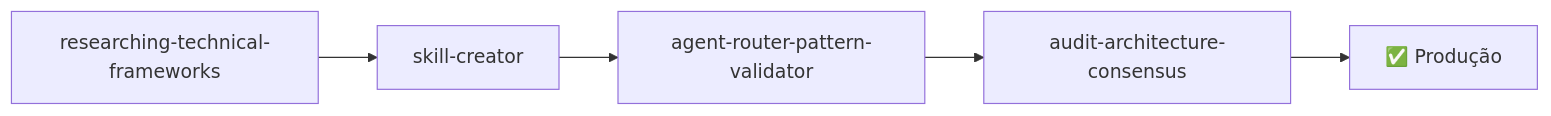
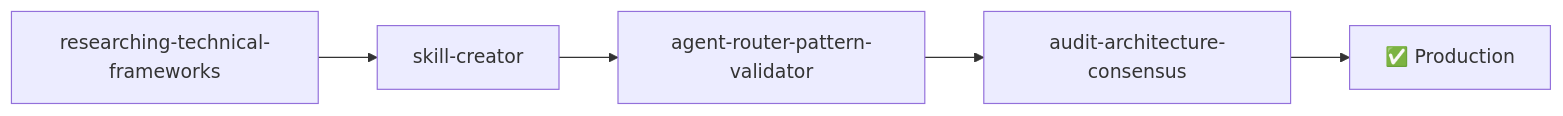
One commit to rodrigo-mendes/agents-factory changed the second of 6 diagrams in docs/fluxos/README.md. Above: the diagram before and after it, drawn with Mermaid. The commit also changed other lines of this file and 70 other files, not shown here.

````diff
--- a/docs/fluxos/README.md
+++ b/docs/fluxos/README.md
@@ -35,4 +35,4 @@
 ```mermaid
 graph LR
-    A[researching-technical-frameworks] --> B[skill-creator] --> C[agent-router-pattern-validator] --> D[audit-architecture-consensus] --> E[✅ Produção]
+    A[researching-technical-frameworks] --> B[skill-creator] --> C[agent-router-pattern-validator] --> D[audit-architecture-consensus] --> E[✅ Production]
 ```
````
